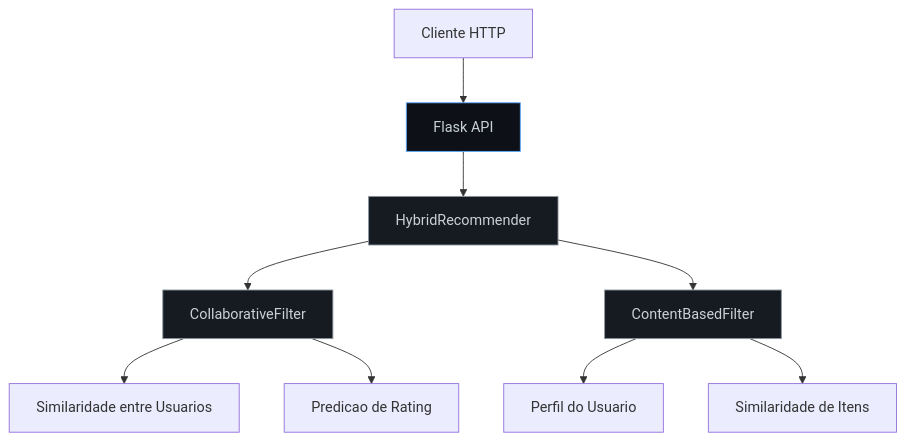
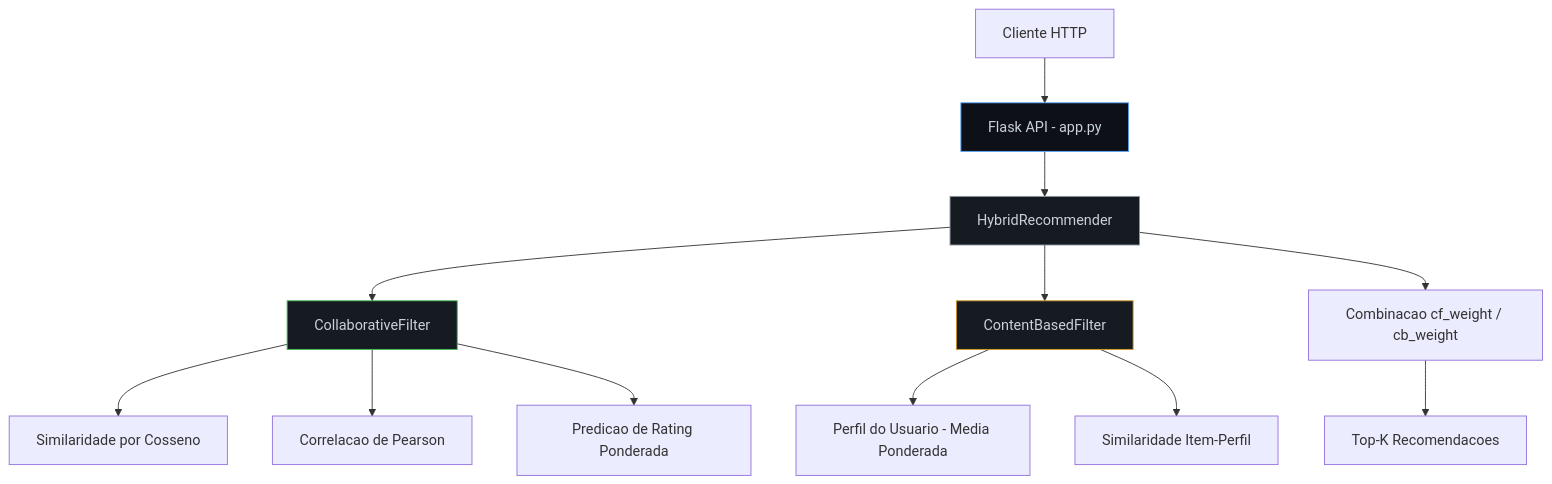
One commit to galafis/Recommendation-Engine changed the first of 4 diagrams in README.md. Above: the diagram before and after it, drawn with Mermaid. The commit also changed other lines of this file and 3 other files, not shown here.

````diff
--- a/README.md
+++ b/README.md
@@ -28,16 +42,19 @@
 ```mermaid
 graph TD
-    A[Cliente HTTP] --> B[Flask API]
+    A[Cliente HTTP] --> B[Flask API - app.py]
     B --> C[HybridRecommender]
     C --> D[CollaborativeFilter]
     C --> E[ContentBasedFilter]
-    D --> F[Similaridade entre Usuarios]
-    D --> G[Predicao de Rating]
-    E --> H[Perfil do Usuario]
-    E --> I[Similaridade de Itens]
+    D --> F[Similaridade por Cosseno]
+    D --> G[Correlacao de Pearson]
+    D --> H[Predicao de Rating Ponderada]
+    E --> I[Perfil do Usuario - Media Ponderada]
+    E --> J[Similaridade Item-Perfil]
+    C --> K[Combinacao cf_weight / cb_weight]
+    K --> L[Top-K Recomendacoes]
 
     style B fill:#0d1117,color:#c9d1d9,stroke:#58a6ff
     style C fill:#161b22,color:#c9d1d9,stroke:#8b949e
-    style D fill:#161b22,color:#c9d1d9,stroke:#8b949e
-    style E fill:#161b22,color:#c9d1d9,stroke:#8b949e
+    style D fill:#161b22,color:#c9d1d9,stroke:#3fb950
+    style E fill:#161b22,color:#c9d1d9,stroke:#d29922
 ```
````
